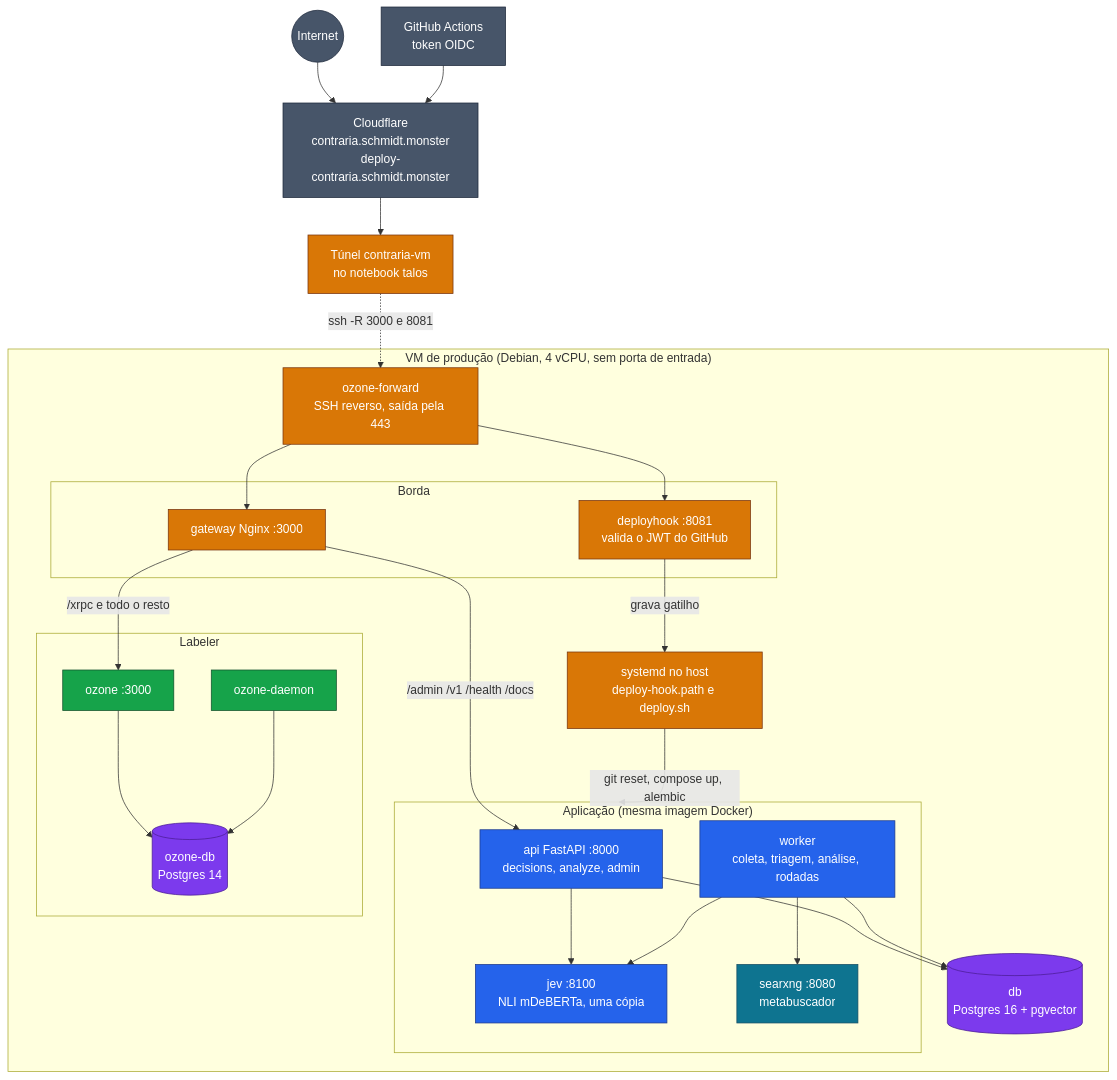
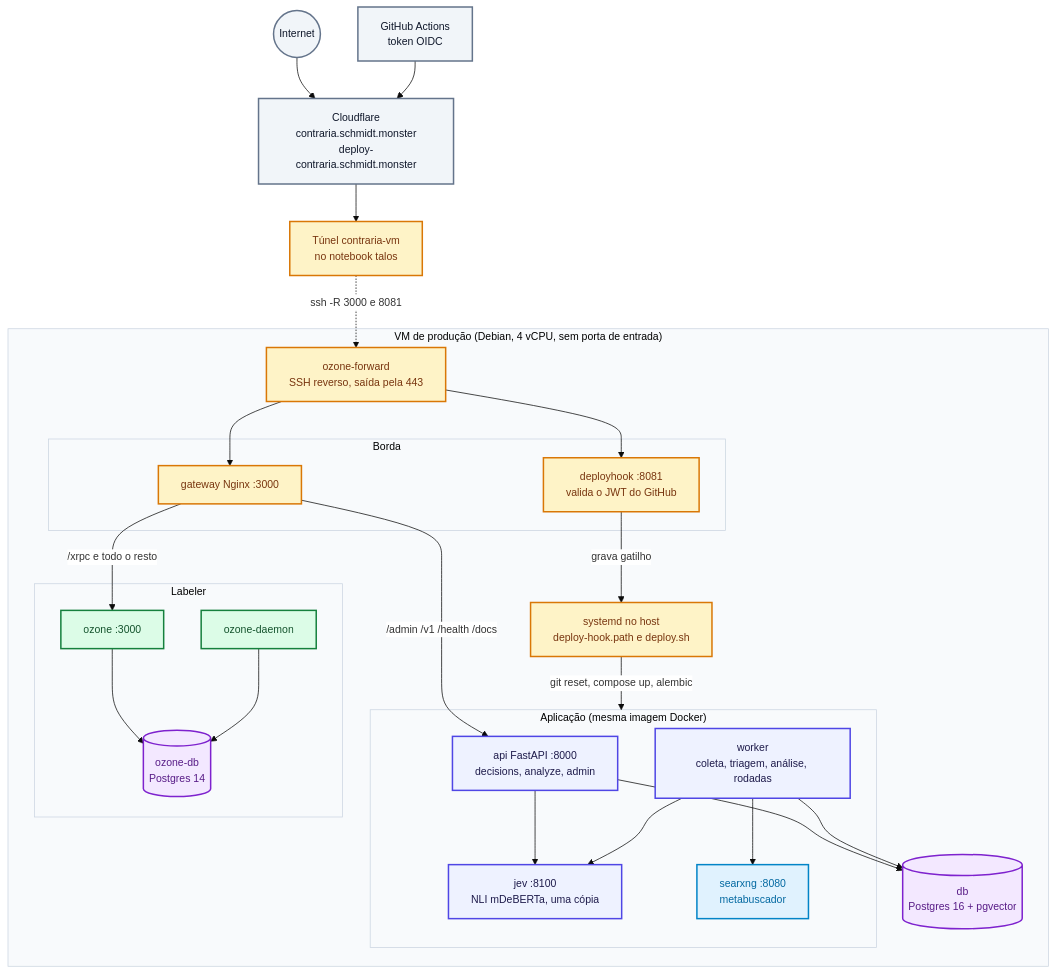
One commit to moonshinerd/ContrarIA changed the second of 11 diagrams in docs/arquitetura/mapa-do-sistema.md. Above: the diagram before and after it, drawn with Mermaid. The commit also changed other lines of this file and 2 other files, not shown here.

Commit message:
docs(arquitetura): aprimora contraste de cores e escala dos diagramas

````diff
--- a/docs/arquitetura/mapa-do-sistema.md
+++ b/docs/arquitetura/mapa-do-sistema.md
@@ -99,57 +99,58 @@
 ```mermaid
+%%{init: {'theme': 'base', 'themeVariables': { 'fontSize': '14px', 'fontFamily': 'inherit', 'primaryColor': '#EEF2FF', 'edgeLabelBackground': '#FFFFFF', 'clusterBkg': '#F8FAFC', 'clusterBorder': '#CBD5E1' }}}%%
 flowchart TB
-    classDef ext fill:#475569,stroke:#1e293b,color:#fff
-    classDef ingest fill:#0e7490,stroke:#164e63,color:#fff
-    classDef core fill:#2563eb,stroke:#1e3a8a,color:#fff
-    classDef store fill:#7c3aed,stroke:#4c1d95,color:#fff
-    classDef guard fill:#d97706,stroke:#78350f,color:#fff
-    classDef out fill:#16a34a,stroke:#14532d,color:#fff
+    classDef ext fill:#F1F5F9,stroke:#64748B,stroke-width:2px,color:#0F172A
+    classDef ingest fill:#E0F2FE,stroke:#0284C7,stroke-width:2px,color:#0369A1
+    classDef core fill:#EEF2FF,stroke:#4F46E5,stroke-width:2px,color:#1E1B4B
+    classDef store fill:#F3E8FF,stroke:#7E22CE,stroke-width:2px,color:#581C87
+    classDef guard fill:#FEF3C7,stroke:#D97706,stroke-width:2px,color:#78350F
+    classDef out fill:#DCFCE7,stroke:#15803D,stroke-width:2px,color:#14532D
 
     NET(("Internet")):::ext
     GHA["GitHub Actions<br/>token OIDC"]:::ext
     CF["Cloudflare<br/>contraria.schmidt.monster<br/>deploy-contraria.schmidt.monster"]:::ext
     NET --> CF
     GHA --> CF
     CF --> TUN["Túnel contraria-vm<br/>no notebook talos"]:::guard
 
     subgraph VM["VM de produção (Debian, 4 vCPU, sem porta de entrada)"]
         FWD["ozone-forward<br/>SSH reverso, saída pela 443"]:::guard
 
         subgraph EDGE["Borda"]
             GW["gateway Nginx :3000"]:::guard
             DH["deployhook :8081<br/>valida o JWT do GitHub"]:::guard
         end
 
         subgraph APP["Aplicação (mesma imagem Docker)"]
             API["api FastAPI :8000<br/>decisions, analyze, admin"]:::core
             WK["worker<br/>coleta, triagem, análise, rodadas"]:::core
             JEV["jev :8100<br/>NLI mDeBERTa, uma cópia"]:::core
             SX["searxng :8080<br/>metabuscador"]:::ingest
         end
 
         subgraph LAB["Labeler"]
             OZ["ozone :3000"]:::out
             OZD["ozone-daemon"]:::out
             OZDB[("ozone-db<br/>Postgres 14")]:::store
         end
 
         DB[("db<br/>Postgres 16 + pgvector")]:::store
         HOST["systemd no host<br/>deploy-hook.path e deploy.sh"]:::guard
     end
 
     TUN -.->|"ssh -R 3000 e 8081"| FWD
     FWD --> GW
     FWD --> DH
     GW -->|"/admin /v1 /health /docs"| API
     GW -->|"/xrpc e todo o resto"| OZ
     DH -->|"grava gatilho"| HOST
     HOST -->|"git reset, compose up, alembic"| APP
 
     API --> DB
     WK --> DB
     API --> JEV
     WK --> JEV
     WK --> SX
     OZ --> OZDB
     OZD --> OZDB
 ```
````
